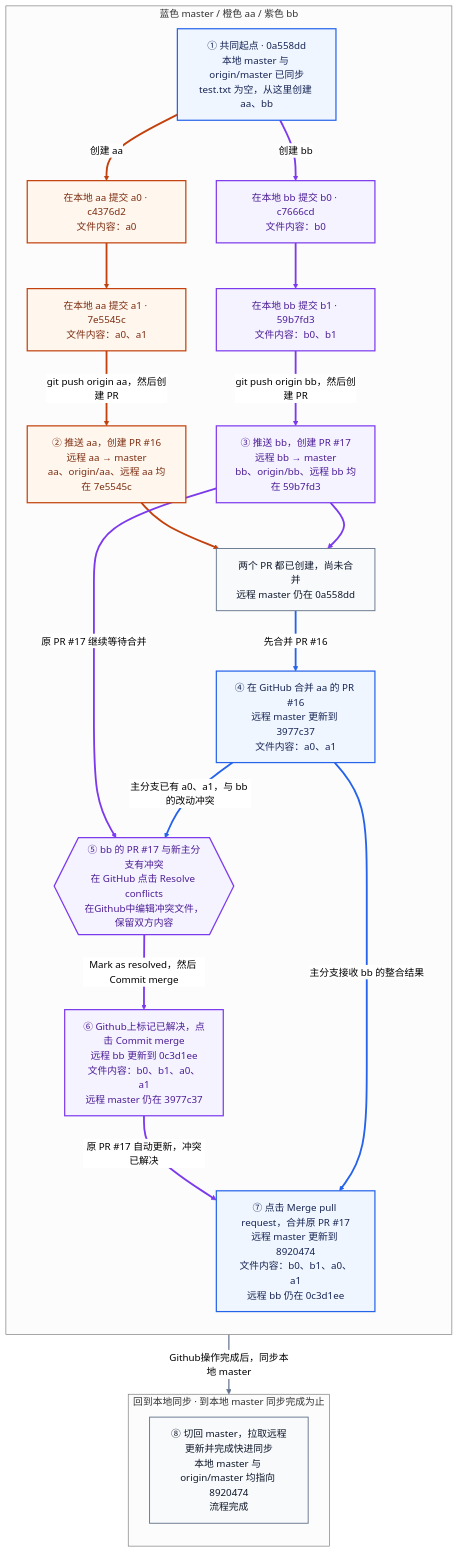
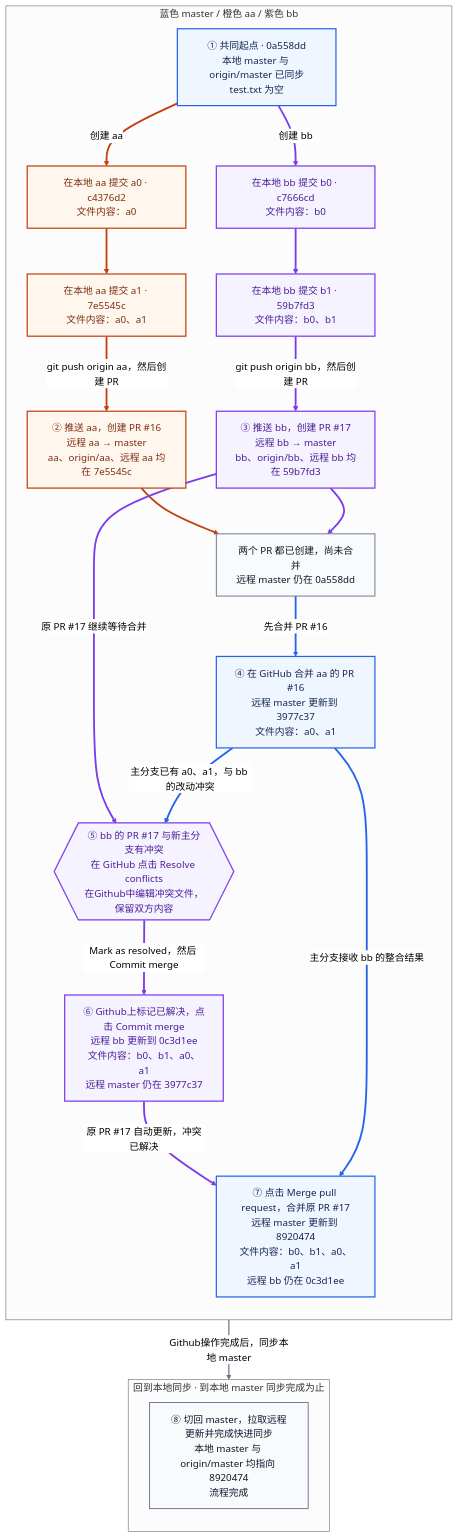
Before and after one commit to dcdmm/Script: the diagram in git-team-workflow-github-conflicts.md, drawn with Mermaid (neutral theme). The commit also changed 1 other file, not shown here.

````diff
--- a/git-team-workflow-github-conflicts.md
+++ b/git-team-workflow-github-conflicts.md
@@ -1,55 +1,55 @@
 ```mermaid
 flowchart TD
     subgraph WORK["蓝色 master / 橙色 aa / 紫色 bb"]
         direction TD
 
-        O["① 共同起点 · 0a558dd<br/>本地 master 与 origin/master 已同步<br/>test.txt 为空，从这里创建 aa、bb"]
+        O["① 共同起点 · 0a558dd<br/>本地 master 与 origin/master 已同步<br/>test.txt 为空"]
         A0["在本地 aa 提交 a0 · c4376d2<br/>文件内容：a0"]
         A1["在本地 aa 提交 a1 · 7e5545c<br/>文件内容：a0、a1"]
         PA["② 推送 aa，创建 PR #16<br/>远程 aa → master<br/>aa、origin/aa、远程 aa 均在 7e5545c"]
         B0["在本地 bb 提交 b0 · c7666cd<br/>文件内容：b0"]
         B1["在本地 bb 提交 b1 · 59b7fd3<br/>文件内容：b0、b1"]
         PB["③ 推送 bb，创建 PR #17<br/>远程 bb → master<br/>bb、origin/bb、远程 bb 均在 59b7fd3"]
         READY["两个 PR 都已创建，尚未合并<br/>远程 master 仍在 0a558dd"]
         P16["④ 在 GitHub 合并 aa 的 PR #16<br/>远程 master 更新到 3977c37<br/>文件内容：a0、a1"]
         X{{"⑤ bb 的 PR #17 与新主分支有冲突<br/>在 GitHub 点击 Resolve conflicts<br/>在Github中编辑冲突文件，保留双方内容"}}
         M["⑥ Github上标记已解决，点击 Commit merge<br/>远程 bb 更新到 0c3d1ee<br/>文件内容：b0、b1、a0、a1<br/>远程 master 仍在 3977c37"]
         P17["⑦ 点击 Merge pull request，合并原 PR #17<br/>远程 master 更新到 8920474<br/>文件内容：b0、b1、a0、a1<br/>远程 bb 仍在 0c3d1ee"]
     end
 
     subgraph FINISH["回到本地同步 · 到本地 master 同步完成为止"]
         direction TD
         S["⑧ 切回 master，拉取远程更新并完成快进同步<br/>本地 master 与 origin/master 均指向 8920474<br/>流程完成"]
     end
 
     O -->|"创建 aa"| A0
     A0 --> A1
     A1 -->|"git push origin aa，然后创建 PR"| PA
     O -->|"创建 bb"| B0
     B0 --> B1
     B1 -->|"git push origin bb，然后创建 PR"| PB
     PA --> READY
     PB --> READY
     READY -->|"先合并 PR #16"| P16
     PB -->|"原 PR #17 继续等待合并"| X
     P16 -->|"主分支已有 a0、a1，与 bb 的改动冲突"| X
     X -->|"Mark as resolved，然后 Commit merge"| M
     M -->|"原 PR #17 自动更新，冲突已解决"| P17
     P16 -->|"主分支接收 bb 的整合结果"| P17
     P17 -->|"Github操作完成后，同步本地 master"| S
 
     classDef mainNode fill:#eff6ff,stroke:#2563eb,color:#172554,stroke-width:2px;
     classDef aaNode fill:#fff7ed,stroke:#c2410c,color:#7c2d12,stroke-width:2px;
     classDef bbNode fill:#f5f3ff,stroke:#7c3aed,color:#4c1d95,stroke-width:2px;
     classDef actionNode fill:#f8fafc,stroke:#64748b,color:#0f172a,stroke-width:1.5px;
 
     class O,P16,P17 mainNode;
     class A0,A1,PA aaNode;
     class B0,B1,PB,X,M bbNode;
     class READY,S actionNode;
 
     linkStyle 0,1,2,6 stroke:#c2410c,stroke-width:3px;
     linkStyle 3,4,5,7,9,11,12 stroke:#7c3aed,stroke-width:3px;
     linkStyle 8,10,13 stroke:#2563eb,stroke-width:3px;
     linkStyle 14 stroke:#64748b,stroke-width:2px;
 ```
````
